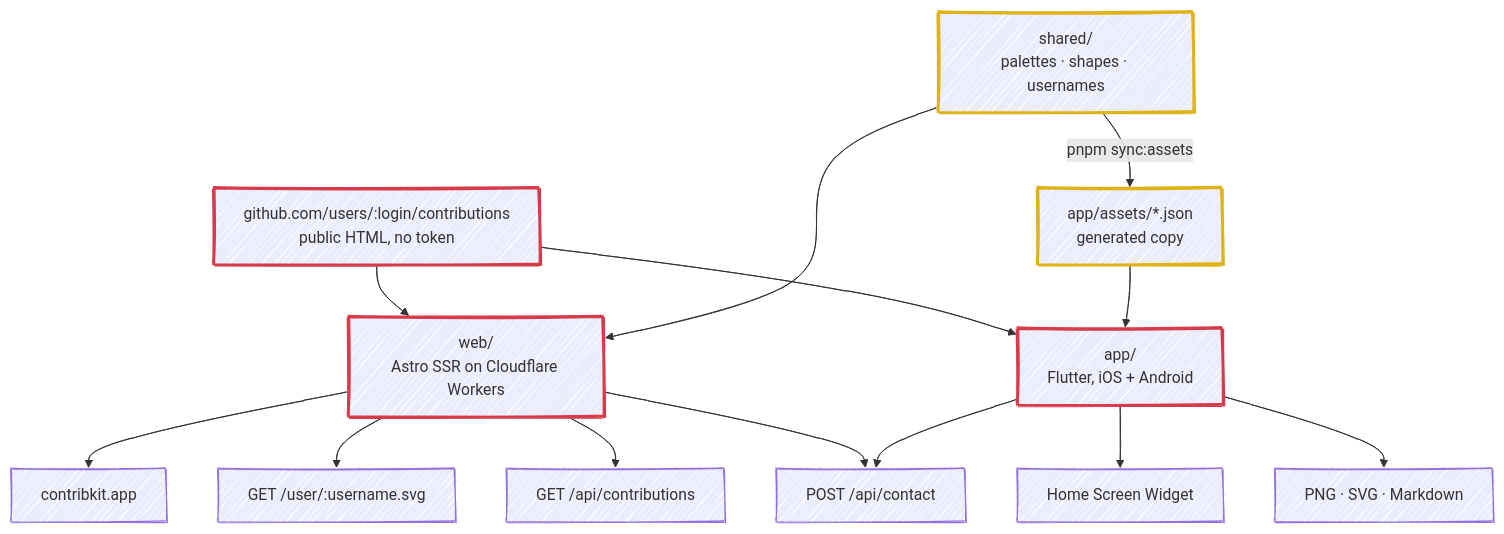
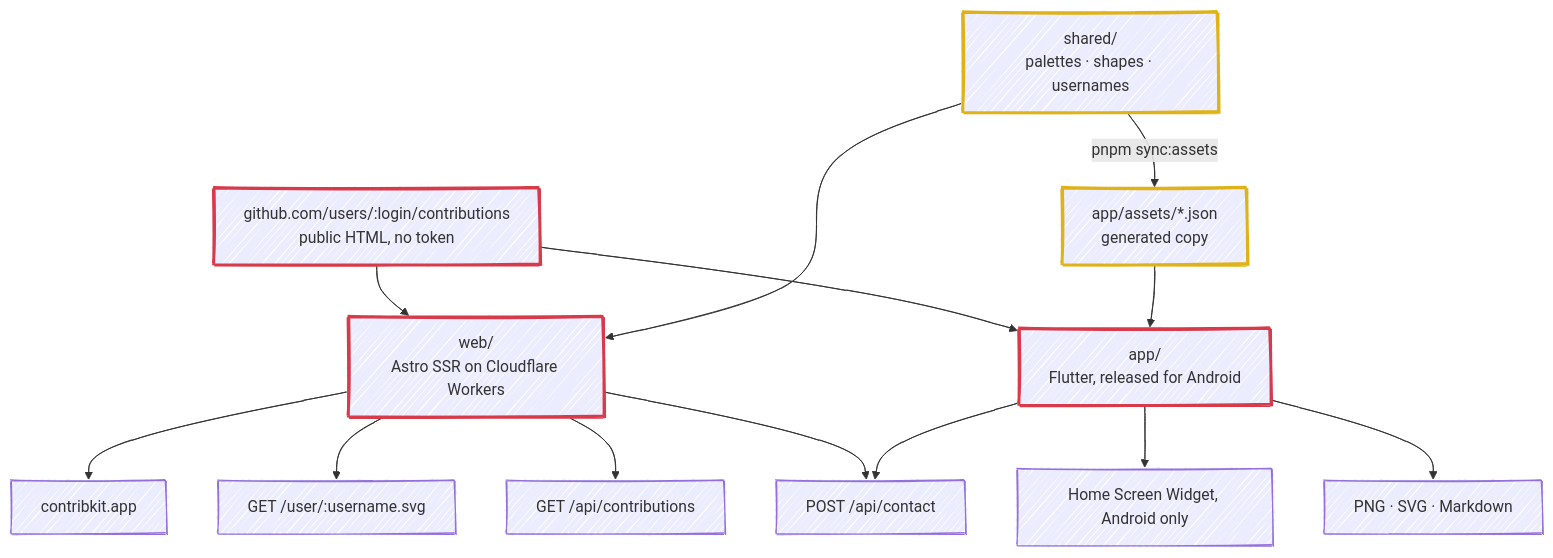
The first of 2 diagrams in ARCHITECTURE.md (fbuireu/contribKit), drawn with Mermaid before and after one commit. The commit also changed other lines of this file and 6 other files, not shown here.

Commit message:
docs: follow each web and app flow end to end, with its failures and its caching in place

````diff
--- a/ARCHITECTURE.md
+++ b/ARCHITECTURE.md
@@ -17,29 +17,29 @@
 ```mermaid
 ---
 config:
   look: handDrawn
   layout: dagre
 ---
 flowchart TD
     gh["github.com/users/:login/contributions<br/>public HTML, no token"]
 
     gh --> web["web/<br/>Astro SSR on Cloudflare Workers"]
-    gh --> app["app/<br/>Flutter, iOS + Android"]
+    gh --> app["app/<br/>Flutter, released for Android"]
 
     tokens["shared/<br/>palettes · shapes · usernames"] --> web
     tokens -->|"pnpm sync:assets"| assets["app/assets/*.json<br/>generated copy"]
     assets --> app
 
     web --> site["contribkit.app"]
     web --> svg["GET /user/:username.svg"]
     web --> json["GET /api/contributions"]
     web --> contact["POST /api/contact"]
     app --> contact
-    app --> widget["Home Screen Widget"]
+    app --> widget["Home Screen Widget, Android only"]
     app --> export["PNG · SVG · Markdown"]
 
     classDef pure stroke:#dfb317,stroke-width:3px
     classDef shell stroke:#d73a49,stroke-width:3px
     class tokens,assets pure
     class web,app,gh shell
 ```
````
